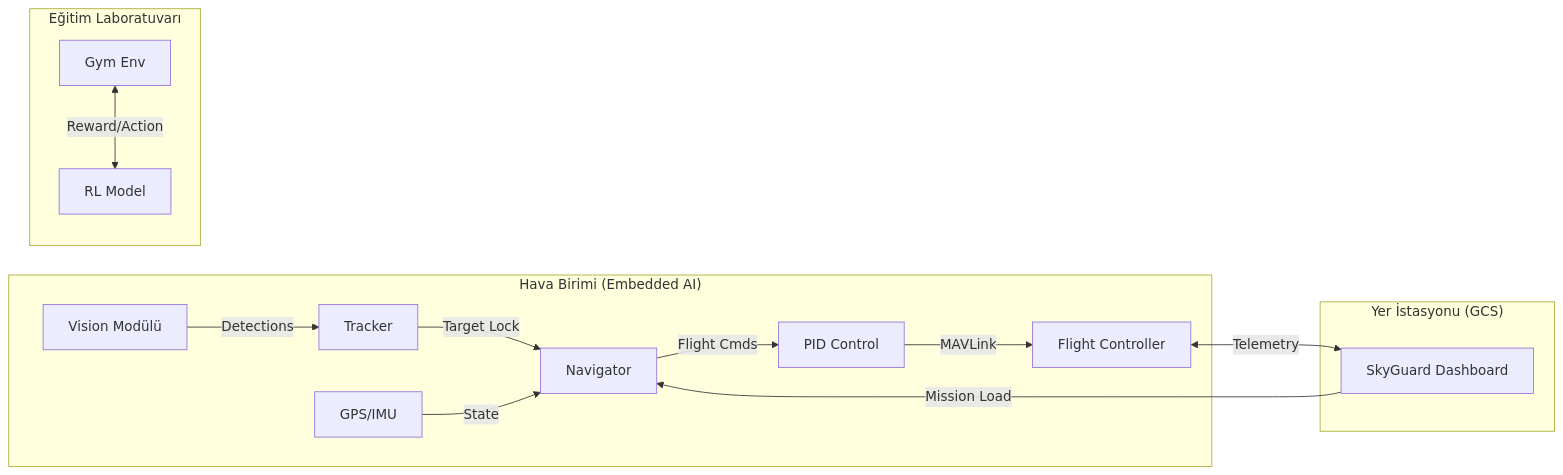
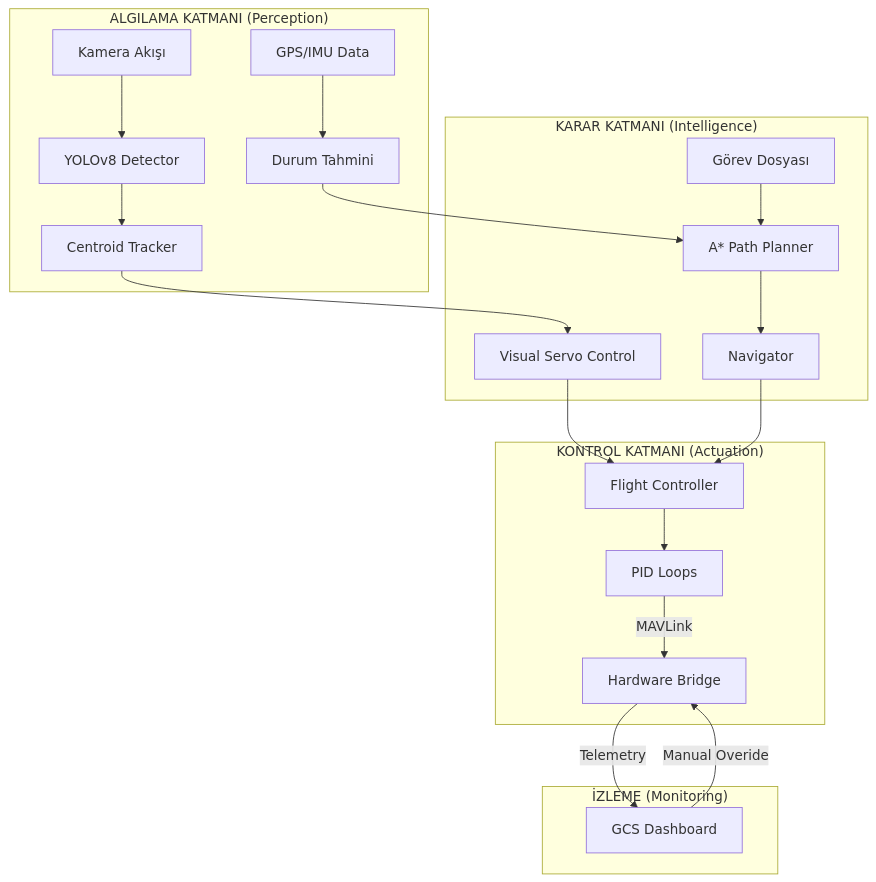
Before and after one commit to bahattinyunus/teknofest_havacilikta_yapay_zeka: the diagram in README.md, drawn with Mermaid. The commit also changed other lines of this file, not shown here.

Commit message:
Docs & Code: Ultimate Elite Phase 5+ Release (Thermal, Path Planning, Visual Servo)

````diff
--- a/README.md
+++ b/README.md
@@ -51,19 +52,27 @@
 ```mermaid
-graph LR
-    subgraph "Hava Birimi (Embedded AI)"
-        V[Vision Modülü] -->|Detections| T[Tracker]
-        T -->|Target Lock| N[Navigator]
-        G[GPS/IMU] -->|State| N
-        N -->|Flight Cmds| PID[PID Control]
-        PID -->|MAVLink| HW[Flight Controller]
+graph TD
+    subgraph "ALGILAMA KATMANI (Perception)"
+        Cam[Kamera Akışı] --> YOLO[YOLOv8 Detector]
+        YOLO --> Tracker[Centroid Tracker]
+        GPS[GPS/IMU Data] --> State[Durum Tahmini]
     end
     
-    subgraph "Yer İstasyonu (GCS)"
-        HW <-->|Telemetry| Dash[SkyGuard Dashboard]
-        Dash -->|Mission Load| N
+    subgraph "KARAR KATMANI (Intelligence)"
+        Tracker --> VS[Visual Servo Control]
+        State --> Planner[A* Path Planner]
+        Mission[Görev Dosyası] --> Planner
+        Planner --> Nav[Navigator]
     end
     
-    subgraph "Eğitim Laboratuvarı"
-        GYM[Gym Env] <-->|Reward/Action| Agent[RL Model]
+    subgraph "KONTROL KATMANI (Actuation)"
+        VS --> FC[Flight Controller]
+        Nav --> FC
+        FC --> PID[PID Loops]
+        PID -->|MAVLink| Bridge[Hardware Bridge]
+    end
+    
+    subgraph "İZLEME (Monitoring)"
+        Bridge -->|Telemetry| Dashboard[GCS Dashboard]
+        Dashboard -->|Manual Overide| Bridge
     end
 ```
````
